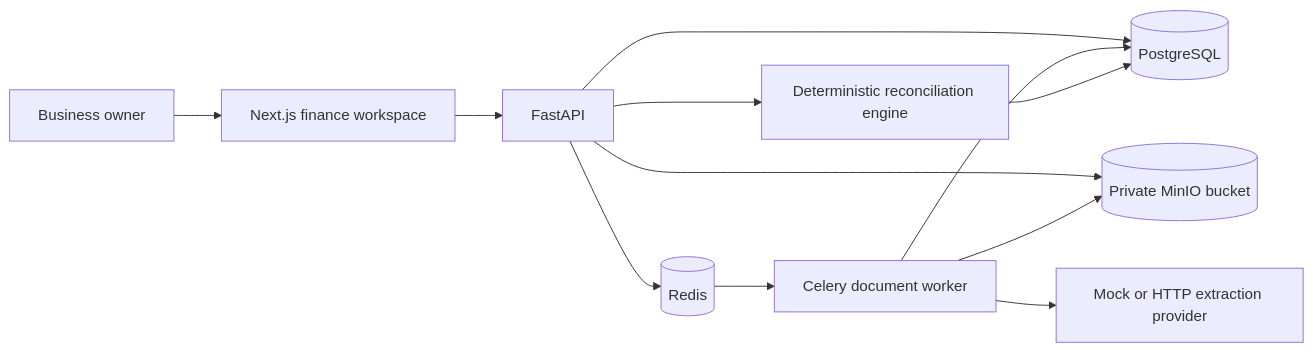
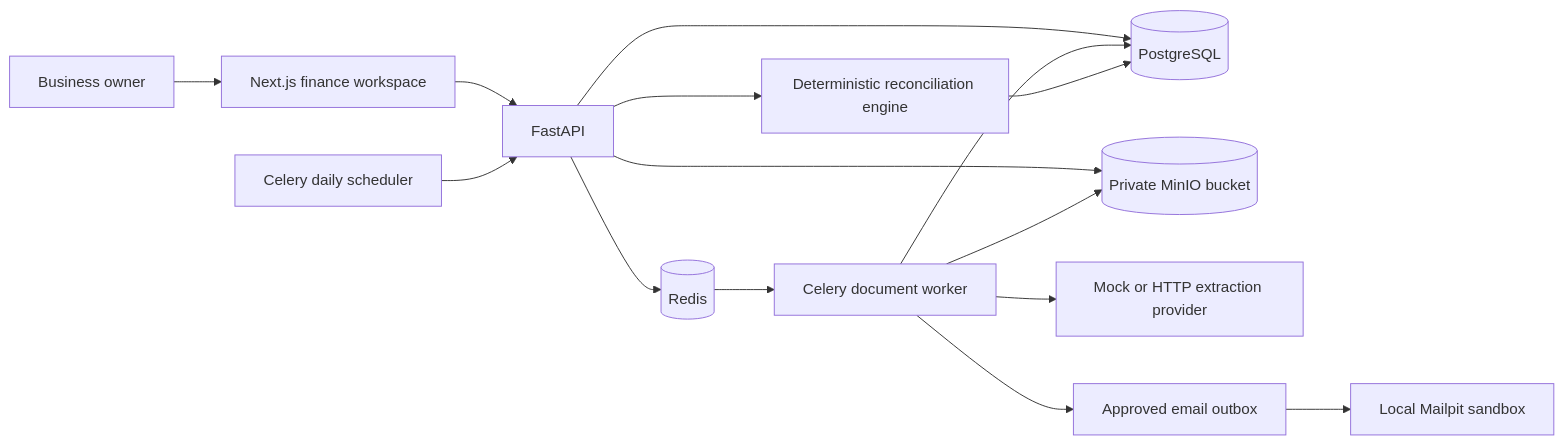
One commit to mdaninas/umkm-ledger-automation changed the diagram in docs/architecture.md. Above: the diagram before and after it, drawn with Mermaid. The commit also changed other lines of this file and 28 other files, not shown here.

````diff
--- a/docs/architecture.md
+++ b/docs/architecture.md
@@ -3,14 +3,17 @@
 ```mermaid
 flowchart LR
     Browser["Next.js finance workspace"] --> API["FastAPI"]
     API --> DB[("PostgreSQL")]
     API --> Storage[("Private MinIO bucket")]
     API --> Queue[("Redis")]
     Queue --> Worker["Celery document worker"]
     Worker --> Storage
     Worker --> Provider["Mock or HTTP extraction provider"]
     Worker --> DB
     API --> Match["Deterministic reconciliation engine"]
     Match --> DB
+    Beat["Celery daily scheduler"] --> API
+    Worker --> Outbox["Approved email outbox"]
+    Outbox --> Mailpit["Local Mailpit sandbox"]
     Owner["Business owner"] --> Browser
 ```
````
